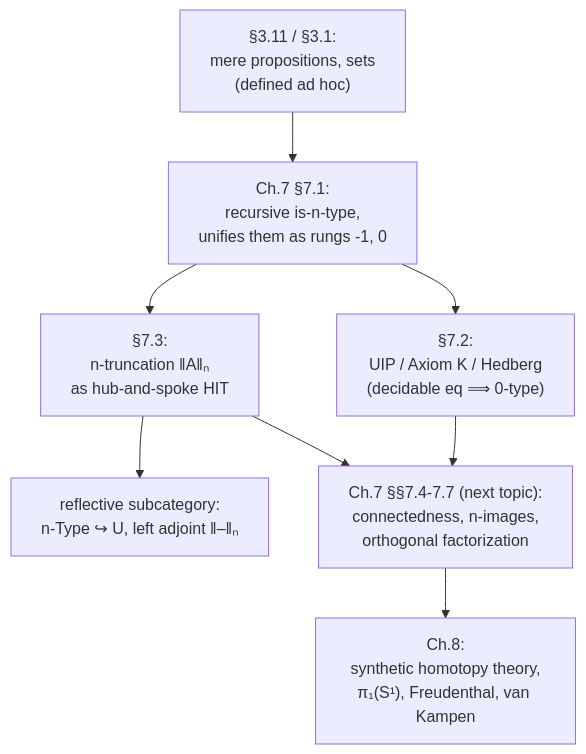
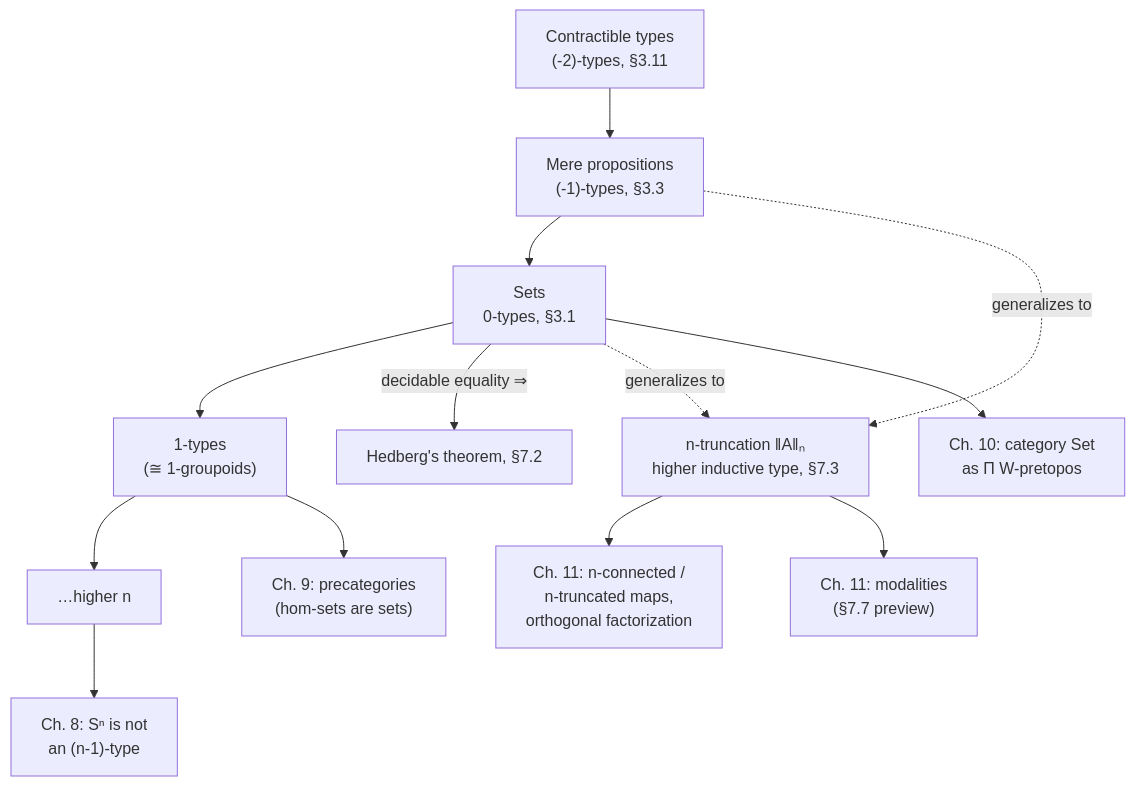
One commit to superoptimo/type_theory_vaults changed the diagram in 14_homotopy_type_theory/Homotopy-n-Types-and-Truncation-Levels.md. Above: the diagram before and after it, drawn with Mermaid. The commit also changed other lines of this file and 1097 other files, not shown here.

Commit message:
Update vaults books with learning roadmaps

````diff
--- a/14_homotopy_type_theory/Homotopy-n-Types-and-Truncation-Levels.md
+++ b/14_homotopy_type_theory/Homotopy-n-Types-and-Truncation-Levels.md
@@ -144,9 +177,15 @@
 ```mermaid
-flowchart TD
-    A["§3.11 / §3.1:\nmere propositions, sets\n(defined ad hoc)"] --> B["Ch.7 §7.1:\nrecursive is-n-type,\nunifies them as rungs -1, 0"]
-    B --> C["§7.2:\nUIP / Axiom K / Hedberg\n(decidable eq ⟹ 0-type)"]
-    B --> D["§7.3:\nn-truncation ‖A‖ₙ\nas hub-and-spoke HIT"]
-    D --> E["reflective subcategory:\nn-Type ↪ U, left adjoint ‖–‖ₙ"]
-    C & D --> F["Ch.7 §§7.4-7.7 (next topic):\nconnectedness, n-images,\northogonal factorization"]
-    F --> G["Ch.8:\nsynthetic homotopy theory,\nπ₁(S¹), Freudenthal, van Kampen"]
+flowchart TB
+    C["Contractible types\n(-2)-types, §3.11"] --> P["Mere propositions\n(-1)-types, §3.3"]
+    P --> S["Sets\n0-types, §3.1"]
+    S --> G["1-types\n(≅ 1-groupoids)"]
+    G --> Higher["…higher n"]
+    S -->|"decidable equality ⇒"| Hed["Hedberg's theorem, §7.2"]
+    P -.->|"generalizes to"| Trunc["n-truncation ‖A‖ₙ\nhigher inductive type, §7.3"]
+    S -.->|"generalizes to"| Trunc
+    Trunc --> Conn["Ch. 11: n-connected /\nn-truncated maps,\northogonal factorization"]
+    Trunc --> Modal["Ch. 11: modalities\n(§7.7 preview)"]
+    S --> SetCat["Ch. 10: category Set\nas Π W-pretopos"]
+    G --> CatThy["Ch. 9: precategories\n(hom-sets are sets)"]
+    Higher --> Spheres["Ch. 8: Sⁿ is not\nan (n-1)-type"]
 ```
````
